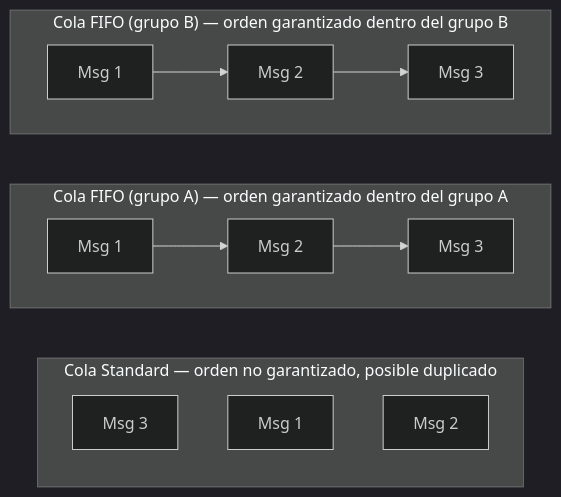
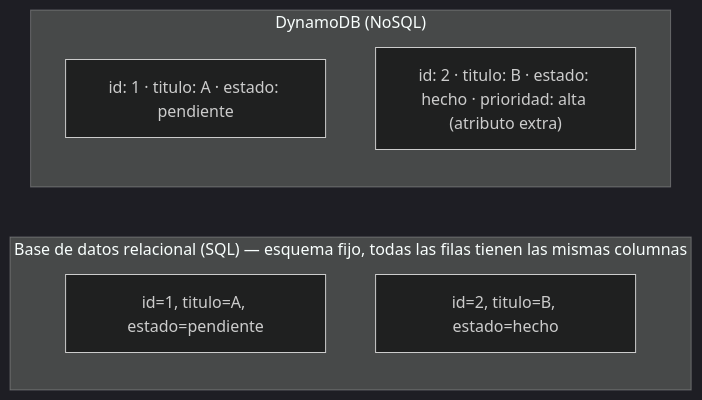
One commit to NICORUIZ93/The_Imperial_Book changed the first of 11 diagrams in web/public/content/cloud/modulo-3.md. Above: the diagram before and after it, drawn with Mermaid (dark theme). The commit also changed other lines of this file and 305 other files, not shown here.

````diff
--- a/web/public/content/cloud/modulo-3.md
+++ b/web/public/content/cloud/modulo-3.md
@@ -161,16 +16,13 @@
 ```mermaid
 flowchart LR
-    subgraph STD["Cola Standard — orden no garantizado, posible duplicado"]
-        S1["Msg 3"]
-        S2["Msg 1"]
-        S3["Msg 2"]
+    subgraph SQL["Base de datos relacional (SQL) — esquema fijo, todas las filas tienen las mismas columnas"]
+        direction TB
+        R1["id=1, titulo=A, estado=pendiente"]
+        R2["id=2, titulo=B, estado=hecho"]
     end
-    subgraph FA["Cola FIFO (grupo A) — orden garantizado dentro del grupo A"]
-        direction LR
-        A1["Msg 1"] --> A2["Msg 2"] --> A3["Msg 3"]
-    end
-    subgraph FB["Cola FIFO (grupo B) — orden garantizado dentro del grupo B"]
-        direction LR
-        B1["Msg 1"] --> B2["Msg 2"] --> B3["Msg 3"]
+    subgraph DDB["DynamoDB (NoSQL)"]
+        direction TB
+        D1["id: 1 · titulo: A · estado: pendiente"]
+        D2["id: 2 · titulo: B · estado: hecho · prioridad: alta (atributo extra)"]
     end
 ```
````
